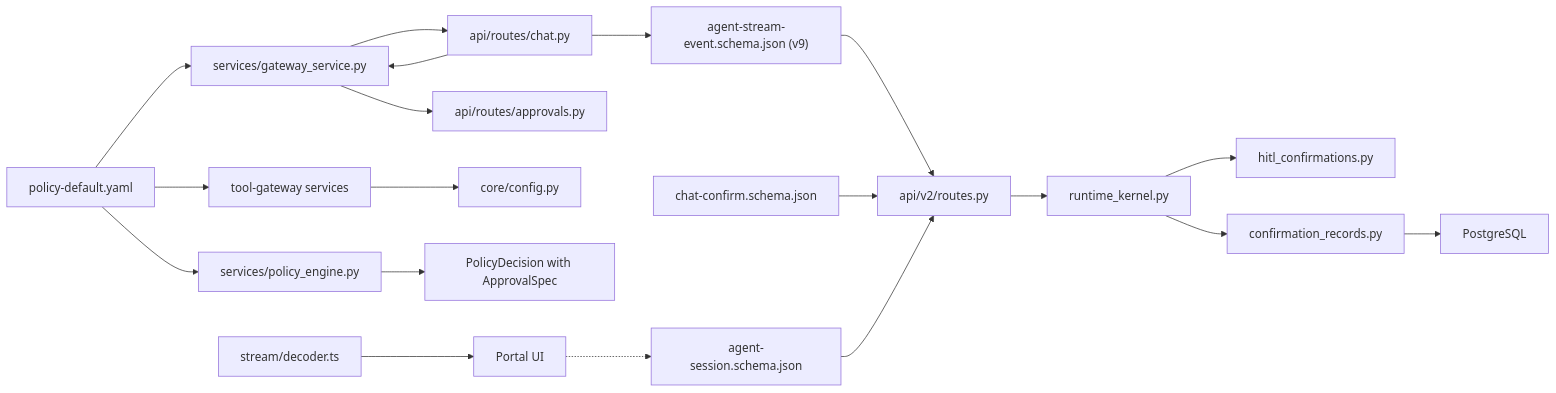
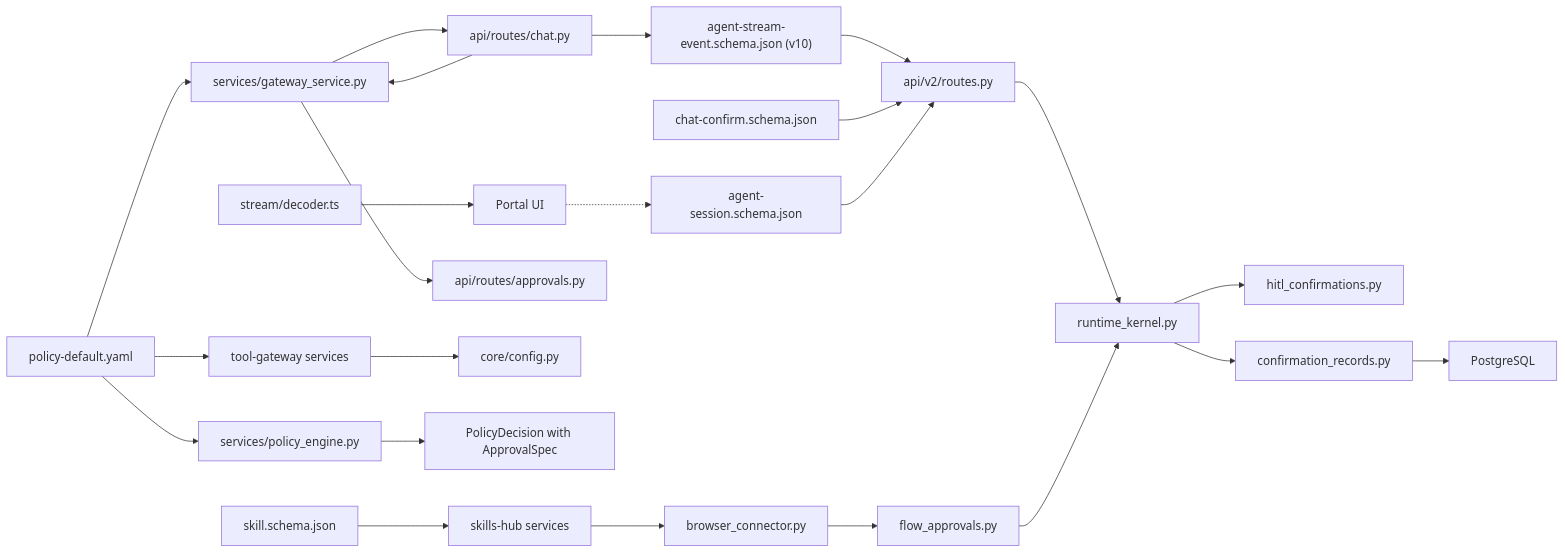
Before and after one commit to metasync/luban-aiops: diagram 14 of 14 in .qoder/repowiki/en/content/Agent Platform Service/HITL Confirmation Bridging (SPEC-020).md, drawn with Mermaid. The commit also changed other lines of this file and 7 other files, not shown here.

````diff
--- a/.qoder/repowiki/en/content/Agent Platform Service/HITL Confirmation Bridging (SPEC-020).md
+++ b/.qoder/repowiki/en/content/Agent Platform Service/HITL Confirmation Bridging (SPEC-020).md
@@ -650,21 +761,25 @@
 ```mermaid
 graph LR
-SCHEMA["agent-stream-event.schema.json (v9)"] --> ROUTES["api/v2/routes.py"]
+SCHEMA["agent-stream-event.schema.json (v10)"] --> ROUTES["api/v2/routes.py"]
 CONFIRM_SCHEMA["chat-confirm.schema.json"] --> ROUTES
 SESSION_SCHEMA["agent-session.schema.json"] --> ROUTES
+SKILL_SCHEMA["skill.schema.json"] --> SKILLSHUB["skills-hub services"]
 POLICY["policy-default.yaml"] --> GWSVC["services/gateway_service.py"]
 POLICY --> TGSVC["tool-gateway services"]
 POLICY --> PE["services/policy_engine.py"]
 GWSVC --> CHATROUTE["api/routes/chat.py"]
 GWSVC --> APPROVALSROUTE["api/routes/approvals.py"]
 ROUTES --> KERNEL["runtime_kernel.py"]
 KERNEL --> REGISTRY["hitl_confirmations.py"]
 KERNEL --> RECORDS["confirmation_records.py"]
 RECORDS --> POSTGRES["PostgreSQL"]
 CHATROUTE --> GWSVC
 CHATROUTE --> SCHEMA
 TGSVC --> CONFIG["core/config.py"]
 PE --> DECISION["PolicyDecision with ApprovalSpec"]
 DECODER["stream/decoder.ts"] --> PORTAL["Portal UI"]
 PORTAL -.-> SESSION_SCHEMA
+SKILLSHUB --> BROWSERCONN["browser_connector.py"]
+BROWSERCONN --> FLOWCTX["flow_approvals.py"]
+FLOWCTX --> KERNEL
 ```
````
